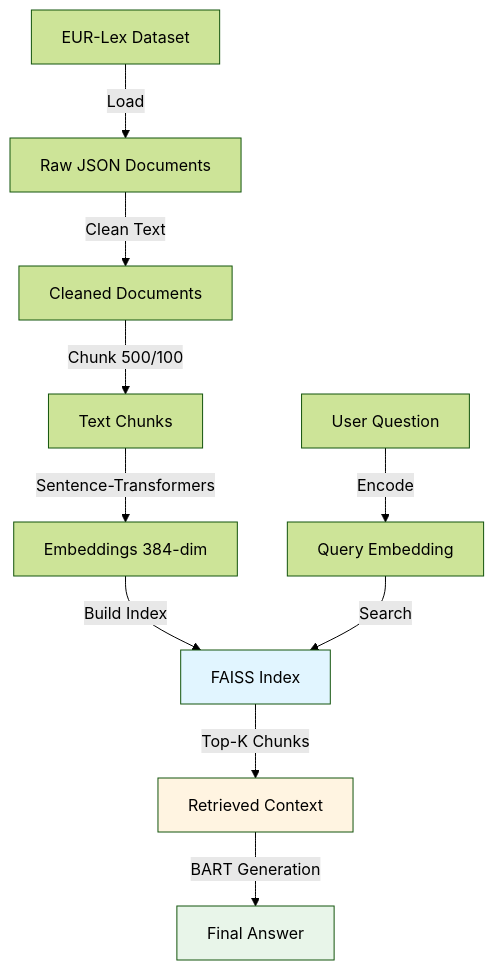
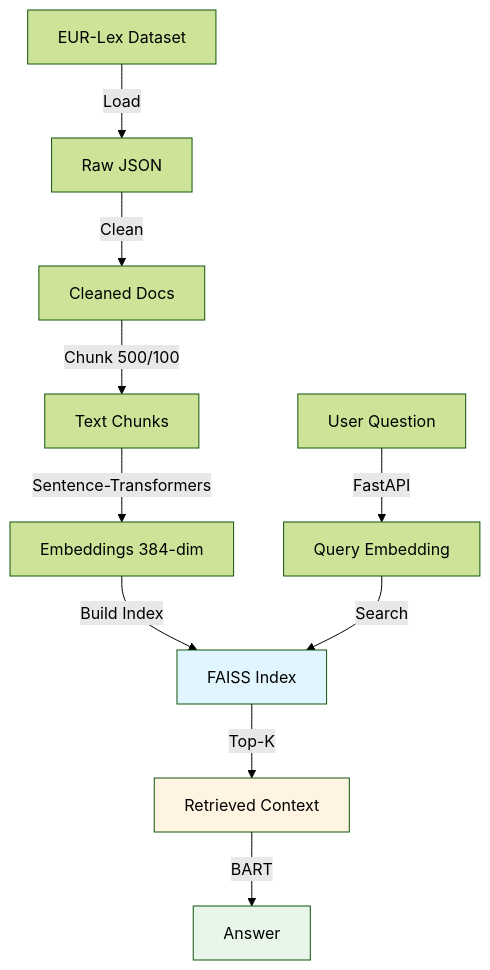
One commit to Ankush-Patil99/legal-RAG-eurlex changed the diagram in README.md. Above: the diagram before and after it, drawn with Mermaid (forest theme). The commit also changed other lines of this file, not shown here.

````diff
--- a/README.md
+++ b/README.md
@@ -102,17 +92,17 @@
 ```mermaid
 graph TB
-    A[EUR-Lex Dataset] -->|Load| B[Raw JSON Documents]
-    B -->|Clean Text| C[Cleaned Documents]
+    A[EUR-Lex Dataset] -->|Load| B[Raw JSON]
+    B -->|Clean| C[Cleaned Docs]
     C -->|Chunk 500/100| D[Text Chunks]
     D -->|Sentence-Transformers| E[Embeddings 384-dim]
     E -->|Build Index| F[FAISS Index]
     
-    G[User Question] -->|Encode| H[Query Embedding]
+    G[User Question] -->|FastAPI| H[Query Embedding]
     H -->|Search| F
-    F -->|Top-K Chunks| I[Retrieved Context]
-    I -->|BART Generation| J[Final Answer]
+    F -->|Top-K| I[Retrieved Context]
+    I -->|BART| J[Answer]
     
     style F fill:#e1f5ff
     style I fill:#fff4e1
     style J fill:#e8f5e9
 ```
````
